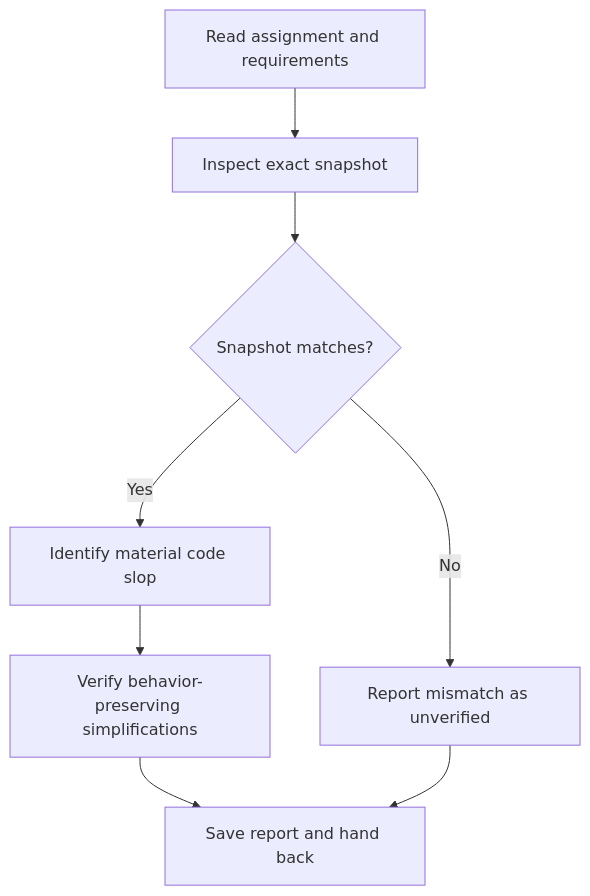
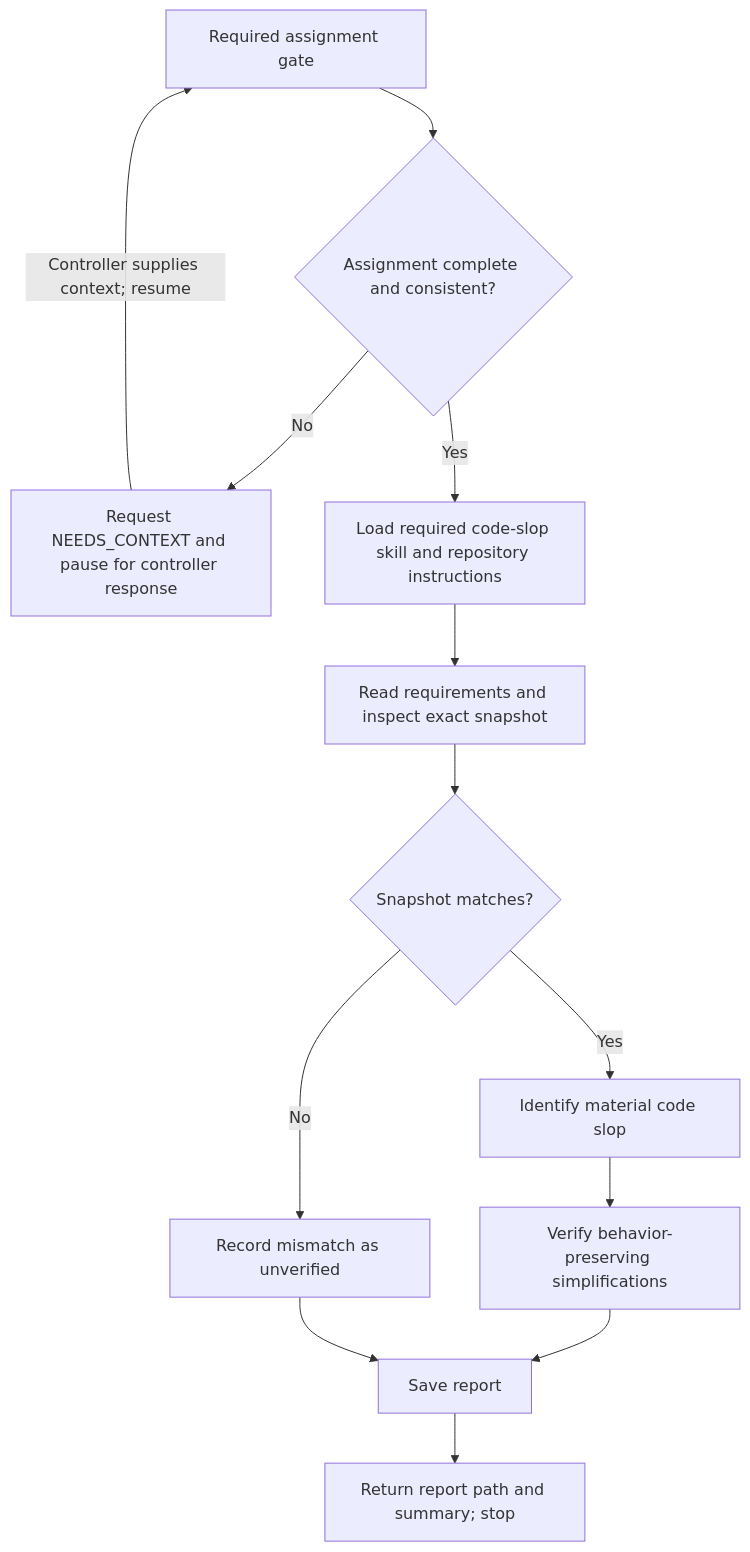
One commit to UseTheFork/spindle changed the diagram in .github/agents/sdd-code-slop-reviewer.agent.md. Above: the diagram before and after it, drawn with Mermaid. The commit also changed other lines of this file and 7 other files, not shown here.

````diff
--- a/.github/agents/sdd-code-slop-reviewer.agent.md
+++ b/.github/agents/sdd-code-slop-reviewer.agent.md
@@ -46,10 +17,15 @@
 ```mermaid
 flowchart TD
-    A[Read assignment and requirements] --> B[Inspect exact snapshot]
-    B --> C{Snapshot matches?}
-    C -- No --> D[Report mismatch as unverified]
-    C -- Yes --> E[Identify material code slop]
-    E --> F[Verify behavior-preserving simplifications]
-    F --> G[Save report and hand back]
-    D --> G
+    A[Required assignment gate] --> B{Assignment complete and consistent?}
+    B -- No --> C[Request NEEDS_CONTEXT and pause for controller response]
+    C -- Controller supplies context; resume --> A
+    B -- Yes --> D[Load required code-slop skill and repository instructions]
+    D --> E[Read requirements and inspect exact snapshot]
+    E --> F{Snapshot matches?}
+    F -- No --> G[Record mismatch as unverified]
+    F -- Yes --> H[Identify material code slop]
+    H --> I[Verify behavior-preserving simplifications]
+    I --> J[Save report]
+    G --> J
+    J --> K[Return report path and summary; stop]
 ```
````
